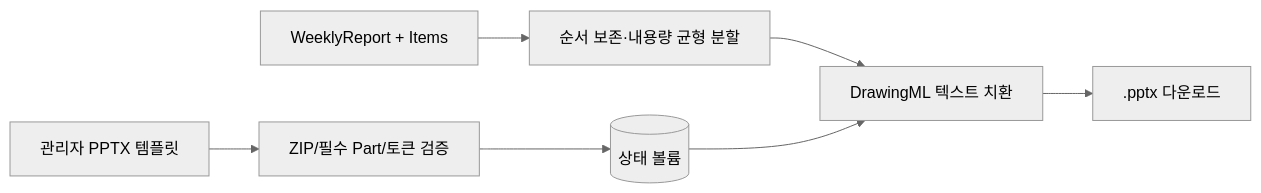
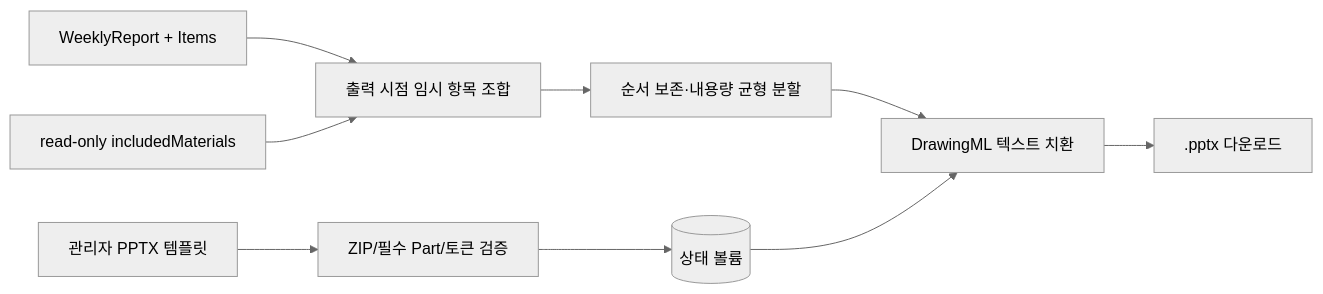
Before and after one commit to hkjang/weekly: the fourth of 6 diagrams in docs/DESIGN.md, drawn with Mermaid (neutral theme). The commit also changed other lines of this file and 40 other files, not shown here.

````diff
--- a/docs/DESIGN.md
+++ b/docs/DESIGN.md
@@ -91,9 +113,11 @@
 ```mermaid
 flowchart LR
   T[관리자 PPTX 템플릿] --> V[ZIP/필수 Part/토큰 검증]
   V --> S[(상태 볼륨)]
-  R[WeeklyReport + Items] --> B[순서 보존·내용량 균형 분할]
+  R[WeeklyReport + Items] --> F[출력 시점 임시 항목 조합]
+  M[read-only includedMaterials] --> F
+  F --> B[순서 보존·내용량 균형 분할]
   B --> X[DrawingML 텍스트 치환]
   S --> X
   X --> D[.pptx 다운로드]
 ```
````
